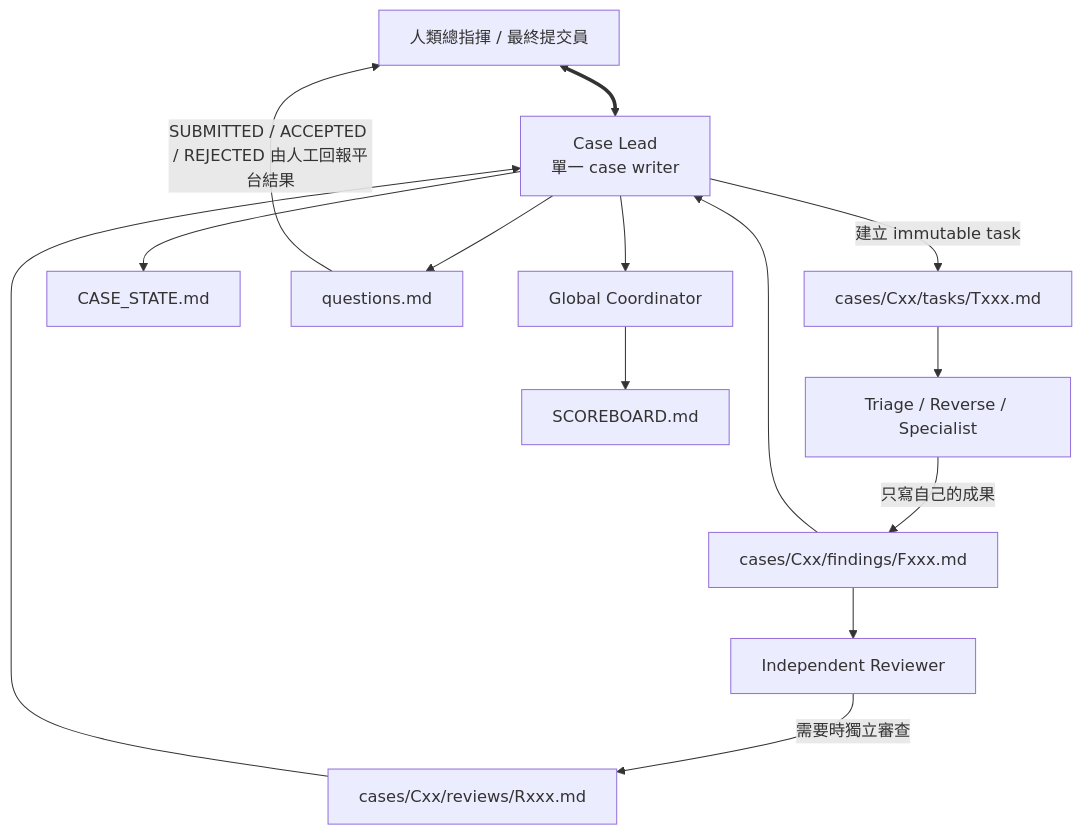
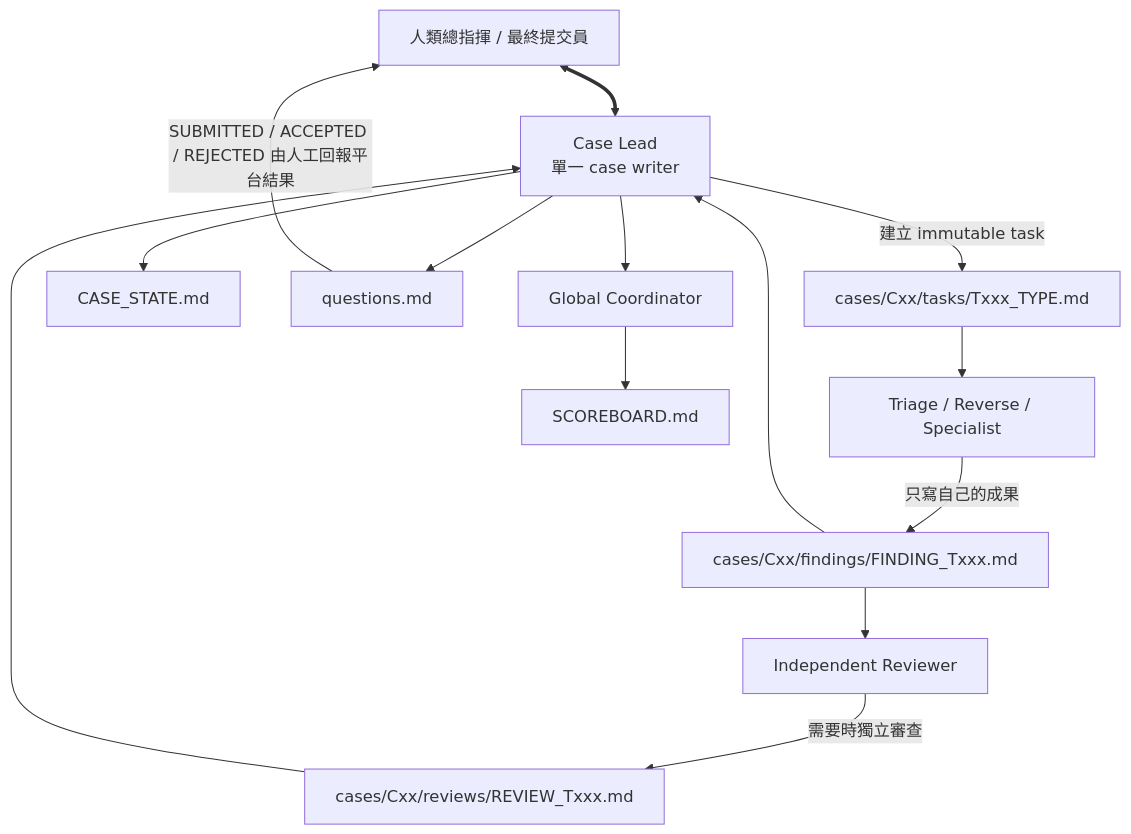
The first of 2 diagrams in .collab/README.md (Youchenjiang/sec-compendium), drawn with Mermaid before and after one commit. The commit also changed other lines of this file and 11 other files, not shown here.

````diff
--- a/.collab/README.md
+++ b/.collab/README.md
@@ -13,16 +25,16 @@
 ```mermaid
 flowchart TD
     User["人類總指揮 / 最終提交員"] <==> Lead["Case Lead<br/>單一 case writer"]
-    Lead -->|建立 immutable task| T["cases/Cxx/tasks/Txxx.md"]
+    Lead -->|建立 immutable task| T["cases/Cxx/tasks/Txxx_TYPE.md"]
     T --> Worker["Triage / Reverse / Specialist"]
-    Worker -->|只寫自己的成果| F["cases/Cxx/findings/Fxxx.md"]
+    Worker -->|只寫自己的成果| F["cases/Cxx/findings/FINDING_Txxx.md"]
     F --> Reviewer["Independent Reviewer"]
-    Reviewer -->|需要時獨立審查| R["cases/Cxx/reviews/Rxxx.md"]
+    Reviewer -->|需要時獨立審查| R["cases/Cxx/reviews/REVIEW_Txxx.md"]
     F --> Lead
     R --> Lead
     Lead --> S["CASE_STATE.md"]
     Lead --> Q["questions.md"]
     Lead --> Coordinator["Global Coordinator"]
     Coordinator --> B["SCOREBOARD.md"]
     Q -->|SUBMITTED / ACCEPTED / REJECTED 由人工回報平台結果| User
 ```
````
